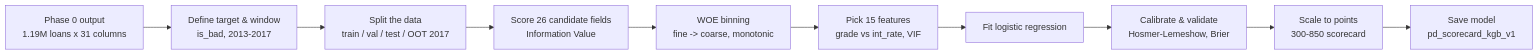
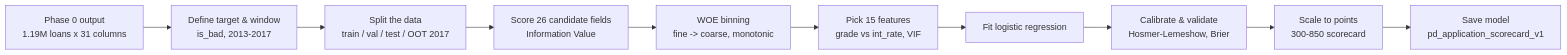
Before and after one commit to deveshusg/credit-risk-portfolio: the first of 2 diagrams in phase1_pd_modeling/01_lendingclub/README.md, drawn with Mermaid. The commit also changed other lines of this file and 38 other files, not shown here.

````diff
--- a/phase1_pd_modeling/01_lendingclub/README.md
+++ b/phase1_pd_modeling/01_lendingclub/README.md
@@ -11,12 +11,12 @@
 ```mermaid
 flowchart LR
     A["Phase 0 output\n1.19M loans x 31 columns"] --> B["Define target & window\nis_bad, 2013-2017"]
     B --> C["Split the data\ntrain / val / test / OOT 2017"]
     C --> D["Score 26 candidate fields\nInformation Value"]
     D --> E["WOE binning\nfine -> coarse, monotonic"]
     E --> F["Pick 15 features\ngrade vs int_rate, VIF"]
     F --> G["Fit logistic regression"]
     G --> H["Calibrate & validate\nHosmer-Lemeshow, Brier"]
     H --> I["Scale to points\n300-850 scorecard"]
-    I --> J["Save model\npd_scorecard_kgb_v1"]
+    I --> J["Save model\npd_application_scorecard_v1"]
 ```
````
